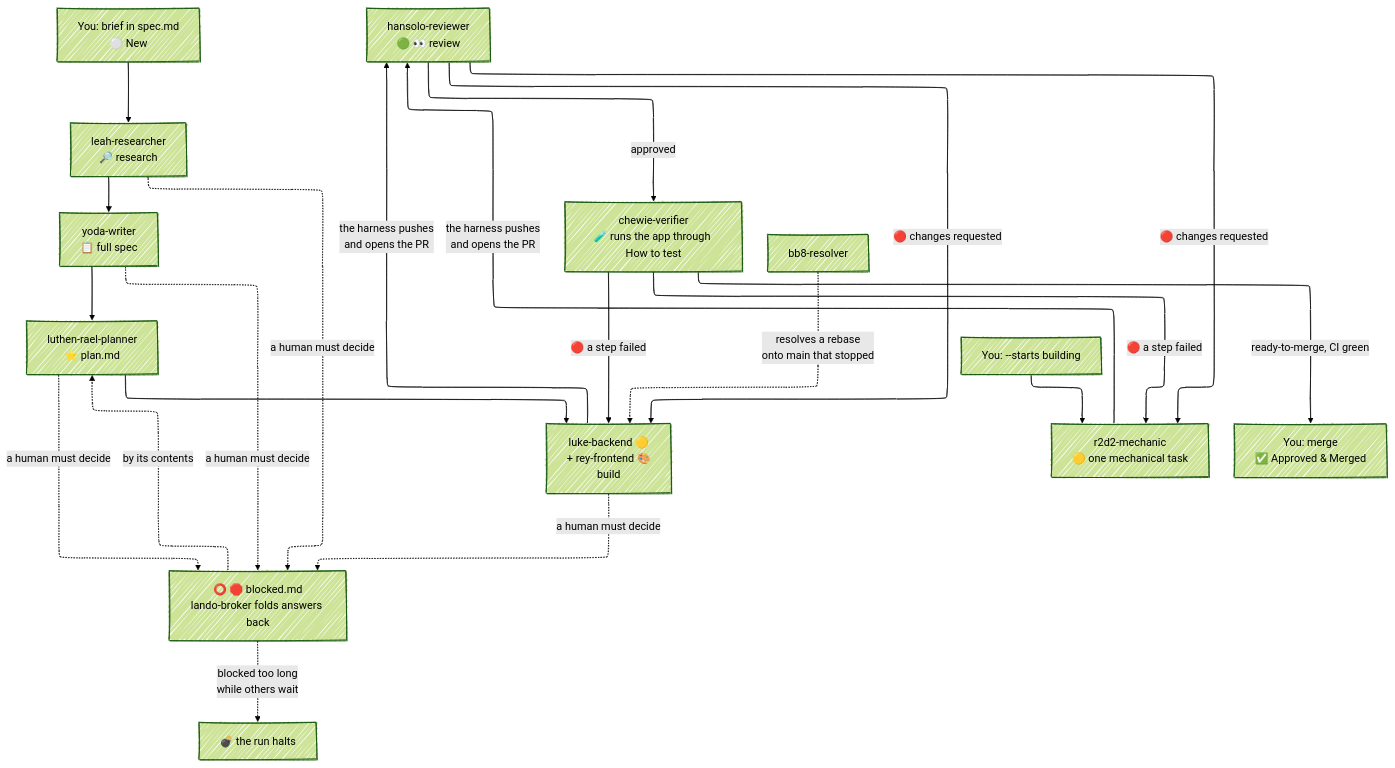
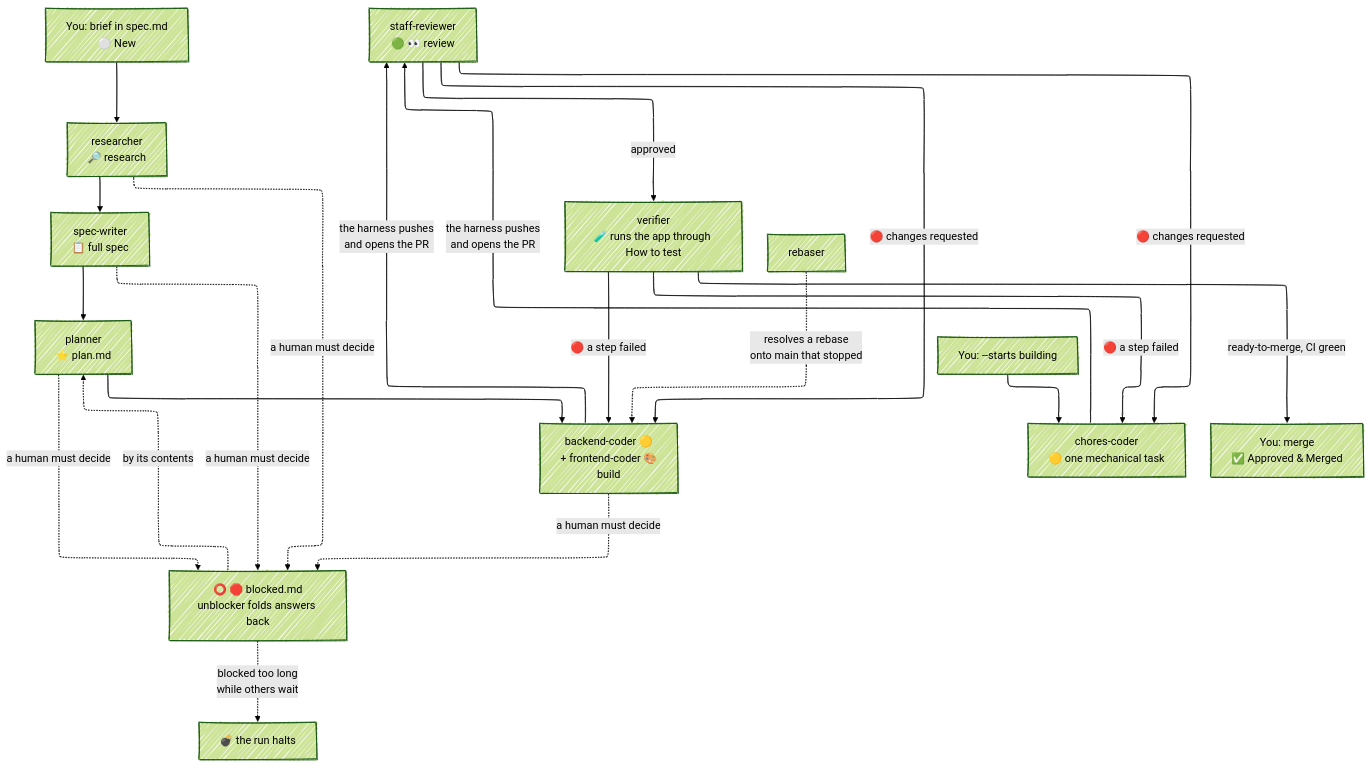
Before and after one commit to kigster/openlanes: the diagram in README.md, drawn with Mermaid. The commit also changed other lines of this file and 719 other files, not shown here.

````diff
--- a/README.md
+++ b/README.md
@@ -138,23 +138,23 @@
 ```mermaid
 ---
 config:
   layout: elk
   theme: forest
   look: handDrawn
 ---
 flowchart TB
-  B[You: brief in spec.md<br/>⚪ New] --> L[leah-researcher<br/>🔎 research]
-  L --> Y[yoda-writer<br/>📋 full spec]
-  Y --> P[luthen-rael-planner<br/>⭐ plan.md]
-  P --> BE[luke-backend 🟡<br/>+ rey-frontend 🎨<br/>build]
-  Q[You: --starts building] --> R2[r2d2-mechanic<br/>🟡 one mechanical task]
-  BE & R2 -->|the harness pushes<br/>and opens the PR| H[hansolo-reviewer<br/>🟢 👀 review]
+  B[You: brief in spec.md<br/>⚪ New] --> L[researcher<br/>🔎 research]
+  L --> Y[spec-writer<br/>📋 full spec]
+  Y --> P[planner<br/>⭐ plan.md]
+  P --> BE[backend-coder 🟡<br/>+ frontend-coder 🎨<br/>build]
+  Q[You: --starts building] --> R2[chores-coder<br/>🟡 one mechanical task]
+  BE & R2 -->|the harness pushes<br/>and opens the PR| H[staff-reviewer<br/>🟢 👀 review]
   H -->|🔴 changes requested| BE & R2
-  H -->|approved| C[chewie-verifier<br/>🧪 runs the app through How to test]
+  H -->|approved| C[verifier<br/>🧪 runs the app through How to test]
   C -->|🔴 a step failed| BE & R2
   C -->|ready-to-merge, CI green| M[You: merge<br/>✅ Approved & Merged]
-  L & Y & P & BE -.->|a human must decide| X[⭕ 🛑 blocked.md<br/>lando-broker folds answers back]
+  L & Y & P & BE -.->|a human must decide| X[⭕ 🛑 blocked.md<br/>unblocker folds answers back]
   X -.->|by its contents| P
   X -.->|blocked too long<br/>while others wait| BOMB[💣 the run halts]
-  RB[bb8-resolver] -.->|resolves a rebase<br/>onto main that stopped| BE
+  RB[rebaser] -.->|resolves a rebase<br/>onto main that stopped| BE
 ```
````
